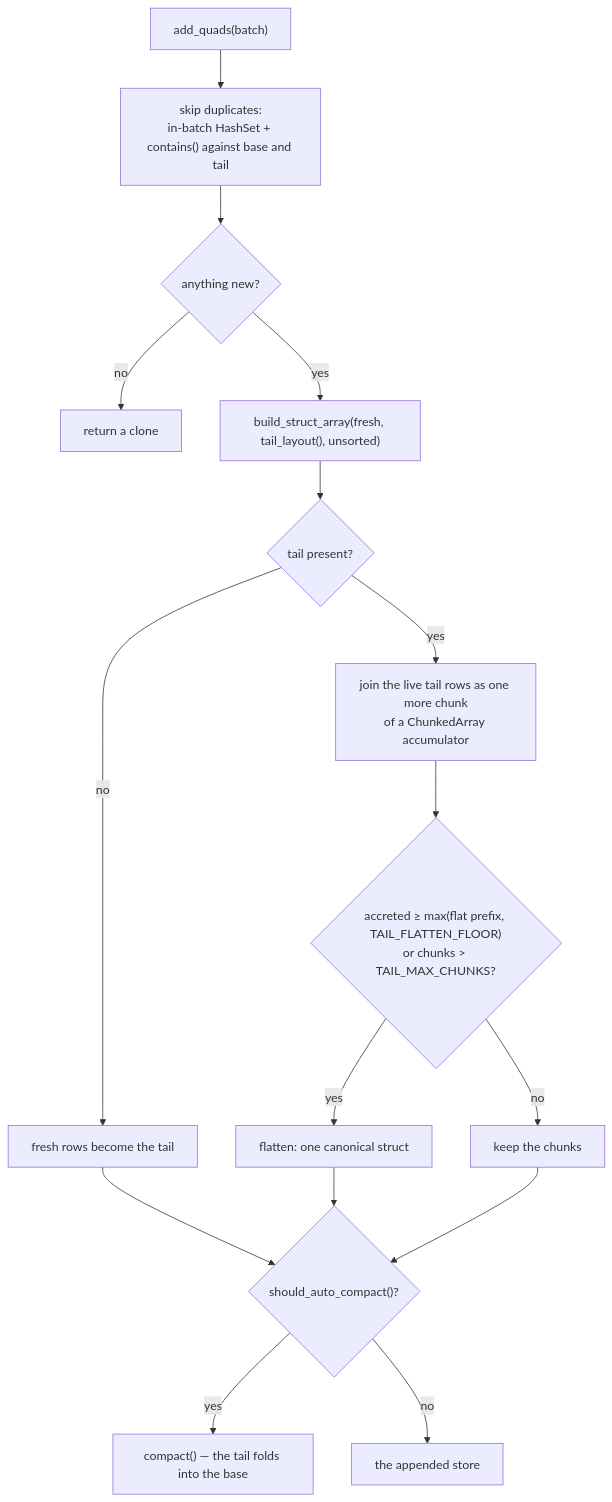
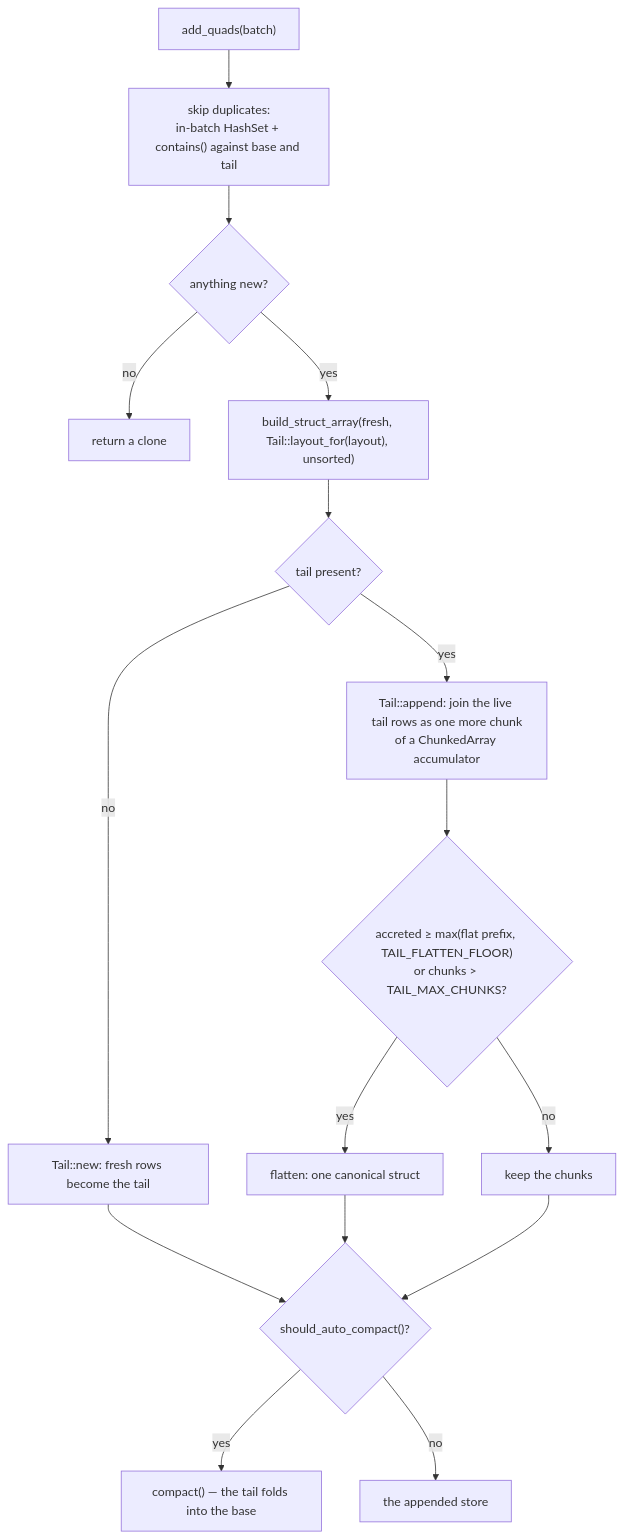
Before and after one commit to vortex-rdf/vortex-rdf: the second of 4 diagrams in docs/mutations.md, drawn with Mermaid. The commit also changed other lines of this file and 22 other files, not shown here.

First line of the commit message:
refactor(store): one view-derivation API and a tail that owns its layout

````diff
--- a/docs/mutations.md
+++ b/docs/mutations.md
@@ -55,18 +55,18 @@
 ```mermaid
 flowchart TD
     A["add_quads(batch)"] --> P["skip duplicates:<br/>in-batch HashSet + contains() against base and tail"]
     P --> E{"anything new?"}
     E -- "no" --> S["return a clone"]
-    E -- "yes" --> F["build_struct_array(fresh, tail_layout(), unsorted)"]
+    E -- "yes" --> F["build_struct_array(fresh, Tail::layout_for(layout), unsorted)"]
     F --> C{"tail present?"}
-    C -- "no" --> N["fresh rows become the tail"]
-    C -- "yes" --> K["join the live tail rows as one more chunk<br/>of a ChunkedArray accumulator"]
+    C -- "no" --> N["Tail::new: fresh rows become the tail"]
+    C -- "yes" --> K["Tail::append: join the live tail rows as one more chunk<br/>of a ChunkedArray accumulator"]
     K --> G{"accreted ≥ max(flat prefix, TAIL_FLATTEN_FLOOR)<br/>or chunks > TAIL_MAX_CHUNKS?"}
     G -- "yes" --> H["flatten: one canonical struct"]
     G -- "no" --> M["keep the chunks"]
     N --> Z{"should_auto_compact()?"}
     H --> Z
     M --> Z
     Z -- "yes" --> X["compact() — the tail folds into the base"]
     Z -- "no" --> Y["the appended store"]
 ```
````
